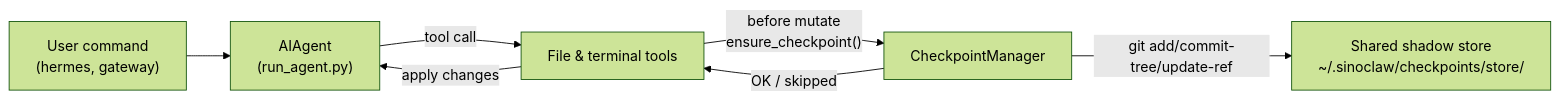
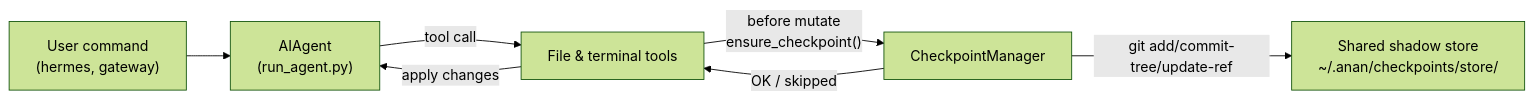
Before and after one commit to sinoclaw/anan: the diagram in website/docs/user-guide/checkpoints-and-rollback.md, drawn with Mermaid (forest theme). The commit also changed other lines of this file and 1736 other files, not shown here.

Commit message:
brand: sinoclaw → anan full rename (CLI选B, ~/.sinoclaw/→~/.anan/)

````diff
--- a/website/docs/user-guide/checkpoints-and-rollback.md
+++ b/website/docs/user-guide/checkpoints-and-rollback.md
@@ -69,15 +69,15 @@
 ```mermaid
 flowchart LR
   user["User command\n(hermes, gateway)"]
   agent["AIAgent\n(run_agent.py)"]
   tools["File & terminal tools"]
   cpMgr["CheckpointManager"]
-  store["Shared shadow store\n~/.sinoclaw/checkpoints/store/"]
+  store["Shared shadow store\n~/.anan/checkpoints/store/"]
 
   user --> agent
   agent -->|"tool call"| tools
   tools -->|"before mutate\nensure_checkpoint()"| cpMgr
   cpMgr -->|"git add/commit-tree/update-ref"| store
   cpMgr -->|"OK / skipped"| tools
   tools -->|"apply changes"| agent
 ```
````
